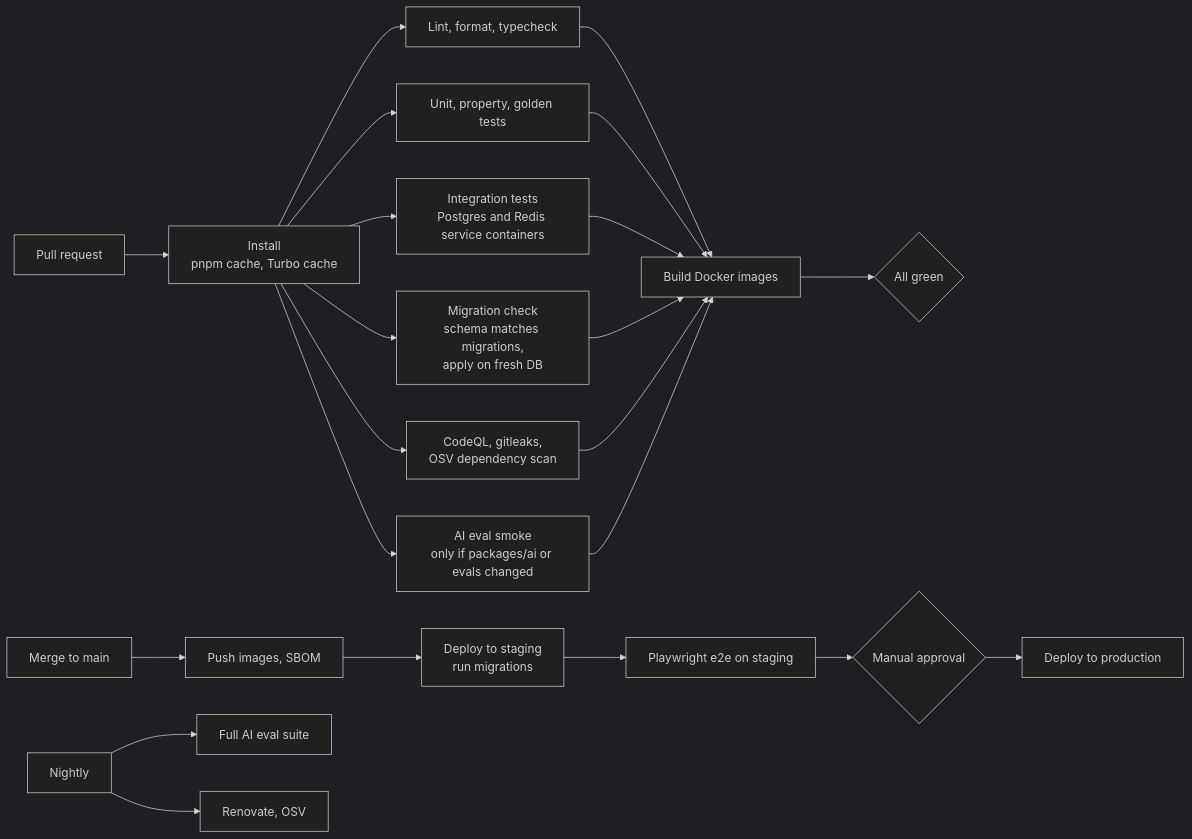
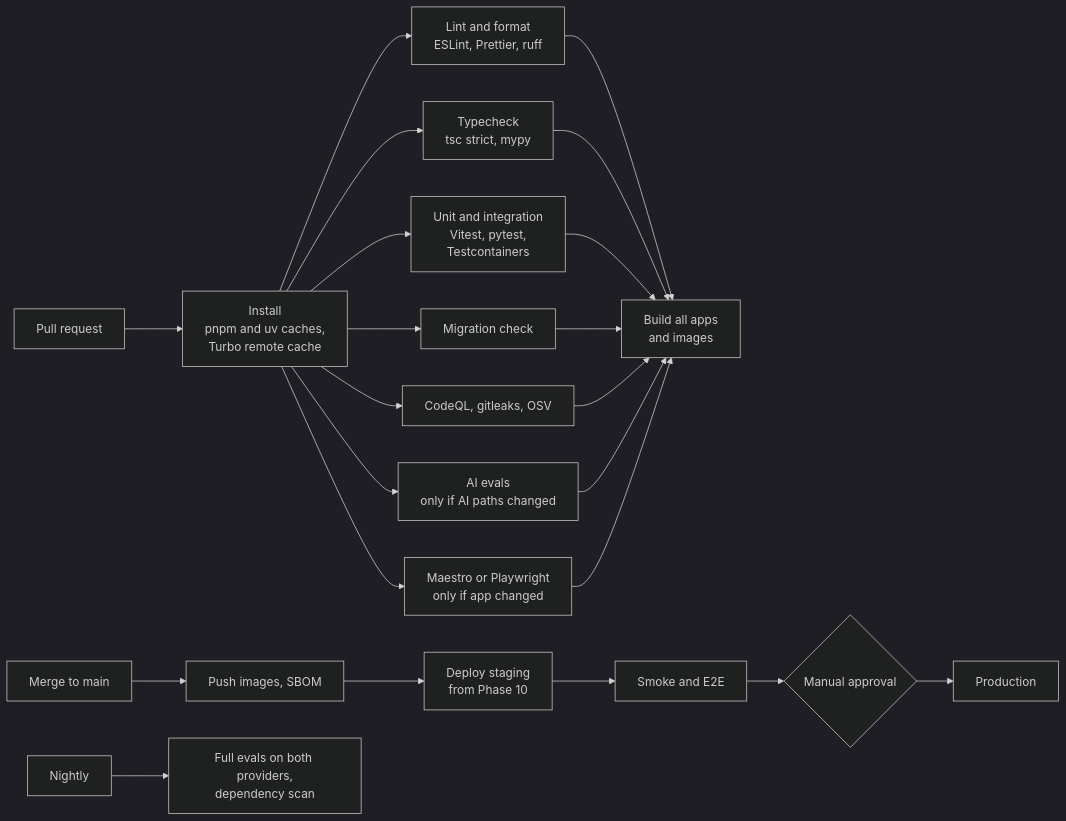
The ninth of 9 diagrams in docs/ARCHITECTURE.md (bsandipan88/CardGuru), drawn with Mermaid (dark theme) before and after one commit. The commit also changed other lines of this file and 3 other files, not shown here.

First line of the commit message:
docs: align architecture with BUILD_PROMPTS.md and add build prompts

````diff
--- a/docs/ARCHITECTURE.md
+++ b/docs/ARCHITECTURE.md
@@ -595,21 +771,20 @@
 ```mermaid
 flowchart LR
-    pr[Pull request] --> setup[Install<br/>pnpm cache, Turbo cache]
-    setup --> static[Lint, format, typecheck]
-    setup --> unit[Unit, property, golden tests]
-    setup --> integ[Integration tests<br/>Postgres and Redis service containers]
-    setup --> mig[Migration check<br/>schema matches migrations,<br/>apply on fresh DB]
-    setup --> sec[CodeQL, gitleaks,<br/>OSV dependency scan]
-    setup --> aismoke[AI eval smoke<br/>only if packages/ai or evals changed]
-    static & unit & integ & mig & sec & aismoke --> build[Build Docker images]
-    build --> gate{All green}
+    pr[Pull request] --> setup[Install<br/>pnpm and uv caches,<br/>Turbo remote cache]
+    setup --> lint[Lint and format<br/>ESLint, Prettier, ruff]
+    setup --> types[Typecheck<br/>tsc strict, mypy]
+    setup --> test[Unit and integration<br/>Vitest, pytest,<br/>Testcontainers]
+    setup --> mig[Migration check]
+    setup --> sec[CodeQL, gitleaks, OSV]
+    setup --> evals[AI evals<br/>only if AI paths changed]
+    setup --> e2e[Maestro or Playwright<br/>only if app changed]
+    lint & types & test & mig & sec & evals & e2e --> build[Build all apps<br/>and images]
 
-    main[Merge to main] --> push[Push images, SBOM]
-    push --> stg[Deploy to staging<br/>run migrations]
-    stg --> e2e[Playwright e2e on staging]
-    e2e --> approve{Manual approval}
-    approve --> prod[Deploy to production]
+    main[Merge to main] --> img[Push images, SBOM]
+    img --> stg[Deploy staging<br/>from Phase 10]
+    stg --> smoke[Smoke and E2E]
+    smoke --> ok{Manual approval}
+    ok --> prod[Production]
 
-    nightly[Nightly] --> fulleval[Full AI eval suite]
-    nightly --> deps[Renovate, OSV]
+    nightly[Nightly] --> full[Full evals on both providers,<br/>dependency scan]
 ```
````
